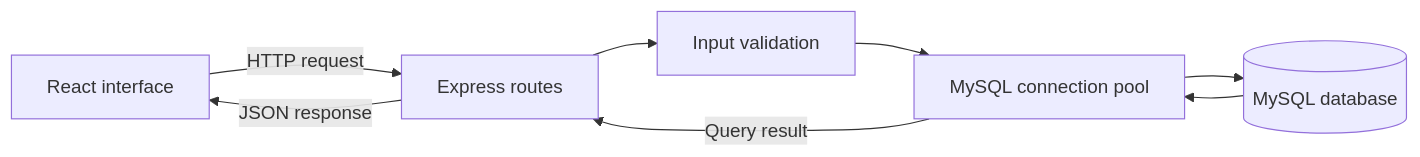
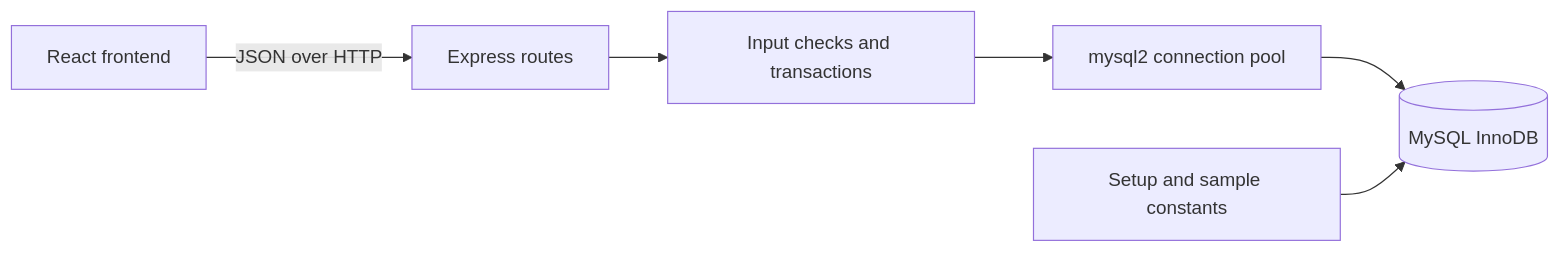
The first of 3 diagrams in README.md (sriram629/campus-lending), drawn with Mermaid before and after one commit. The commit also changed other lines of this file and 16 other files, not shown here.

Commit message:
Add reproducible Docker setup sample constants and database documentation

````diff
--- a/README.md
+++ b/README.md
@@ -40,10 +252,8 @@
 ```mermaid
 flowchart LR
-    A[React interface] -->|HTTP request| B[Express routes]
-    B --> C[Input validation]
-    C --> D[MySQL connection pool]
-    D --> E[(MySQL database)]
-    E --> D
-    D -->|Query result| B
-    B -->|JSON response| A
+    UI[React frontend] -->|JSON over HTTP| API[Express routes]
+    API --> VALIDATE[Input checks and transactions]
+    VALIDATE --> POOL[mysql2 connection pool]
+    POOL --> DB[(MySQL InnoDB)]
+    SETUP[Setup and sample constants] --> DB
 ```
````
